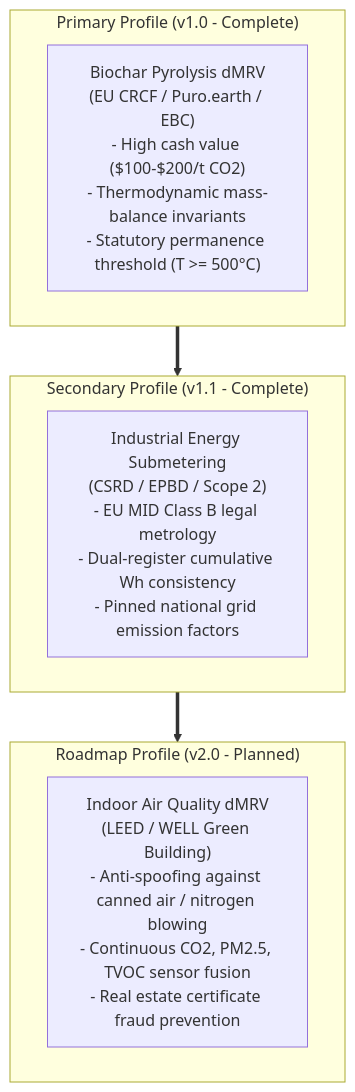
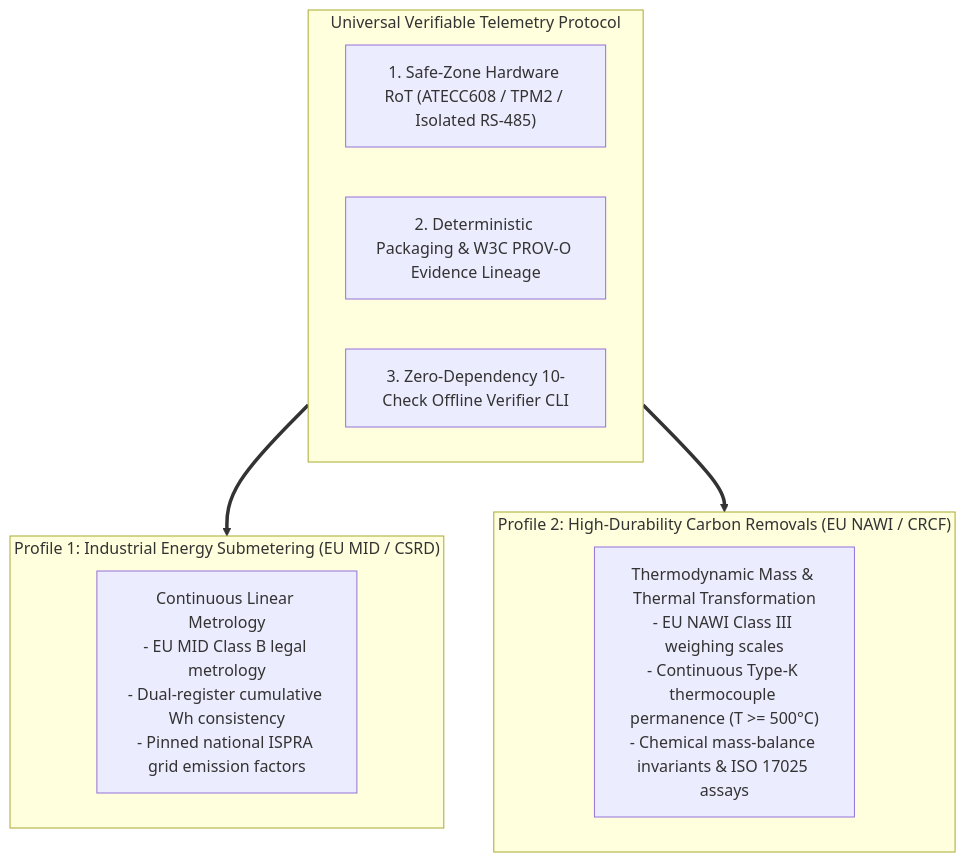
One commit to aloysiusjebanson-lab/trustworthy-telemetry changed the fourth of 4 diagrams in README.md. Above: the diagram before and after it, drawn with Mermaid. The commit also changed other lines of this file, not shown here.

Commit message:
docs: reframe architecture and README around core Restack open internet telemetry protocol

````diff
--- a/README.md
+++ b/README.md
@@ -310,16 +279,19 @@
 ```mermaid
 flowchart TD
-    subgraph P1["Primary Profile (v1.0 - Complete)"]
-        BIOCHAR["Biochar Pyrolysis dMRV\n(EU CRCF / Puro.earth / EBC)\n- High cash value ($100-$200/t CO2)\n- Thermodynamic mass-balance invariants\n- Statutory permanence threshold (T >= 500°C)"]
+    subgraph P1["Profile 1: Industrial Energy Submetering (EU MID / CSRD)"]
+        ENERGY["Continuous Linear Metrology\n- EU MID Class B legal metrology\n- Dual-register cumulative Wh consistency\n- Pinned national ISPRA grid emission factors"]
     end
 
-    subgraph P2["Secondary Profile (v1.1 - Complete)"]
-        ENERGY["Industrial Energy Submetering\n(CSRD / EPBD / Scope 2)\n- EU MID Class B legal metrology\n- Dual-register cumulative Wh consistency\n- Pinned national grid emission factors"]
+    subgraph P2["Profile 2: High-Durability Carbon Removals (EU NAWI / CRCF)"]
+        BIOCHAR["Thermodynamic Mass & Thermal Transformation\n- EU NAWI Class III weighing scales\n- Continuous Type-K thermocouple permanence (T >= 500°C)\n- Chemical mass-balance invariants & ISO 17025 assays"]
     end
 
-    subgraph P3["Roadmap Profile (v2.0 - Planned)"]
-        IAQ["Indoor Air Quality dMRV\n(LEED / WELL Green Building)\n- Anti-spoofing against canned air / nitrogen blowing\n- Continuous CO2, PM2.5, TVOC sensor fusion\n- Real estate certificate fraud prevention"]
+    subgraph CORE["Universal Verifiable Telemetry Protocol"]
+        ROUT["1. Safe-Zone Hardware RoT (ATECC608 / TPM2 / Isolated RS-485)"]
+        PACK["2. Deterministic Packaging & W3C PROV-O Evidence Lineage"]
+        VERIF["3. Zero-Dependency 10-Check Offline Verifier CLI"]
     end
 
-    P1 ==> P2 ==> P3
+    CORE ==> P1
+    CORE ==> P2
 ```
````
